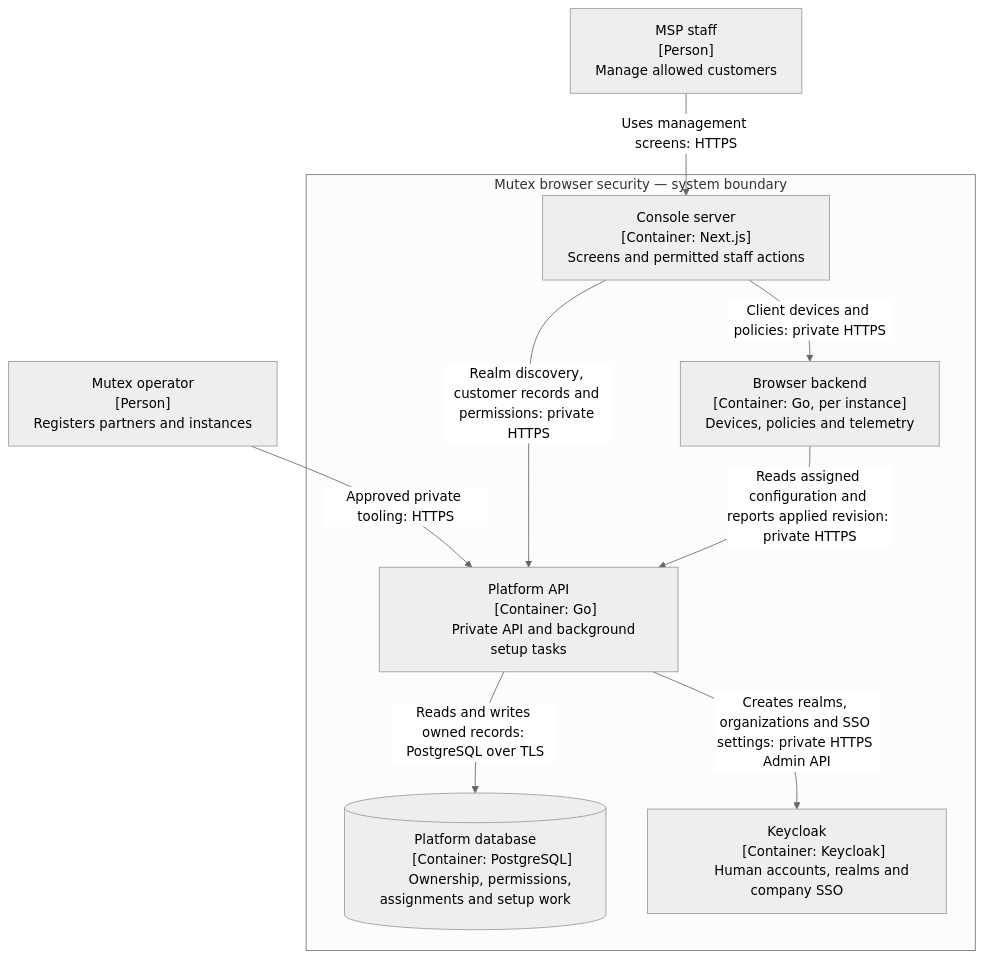
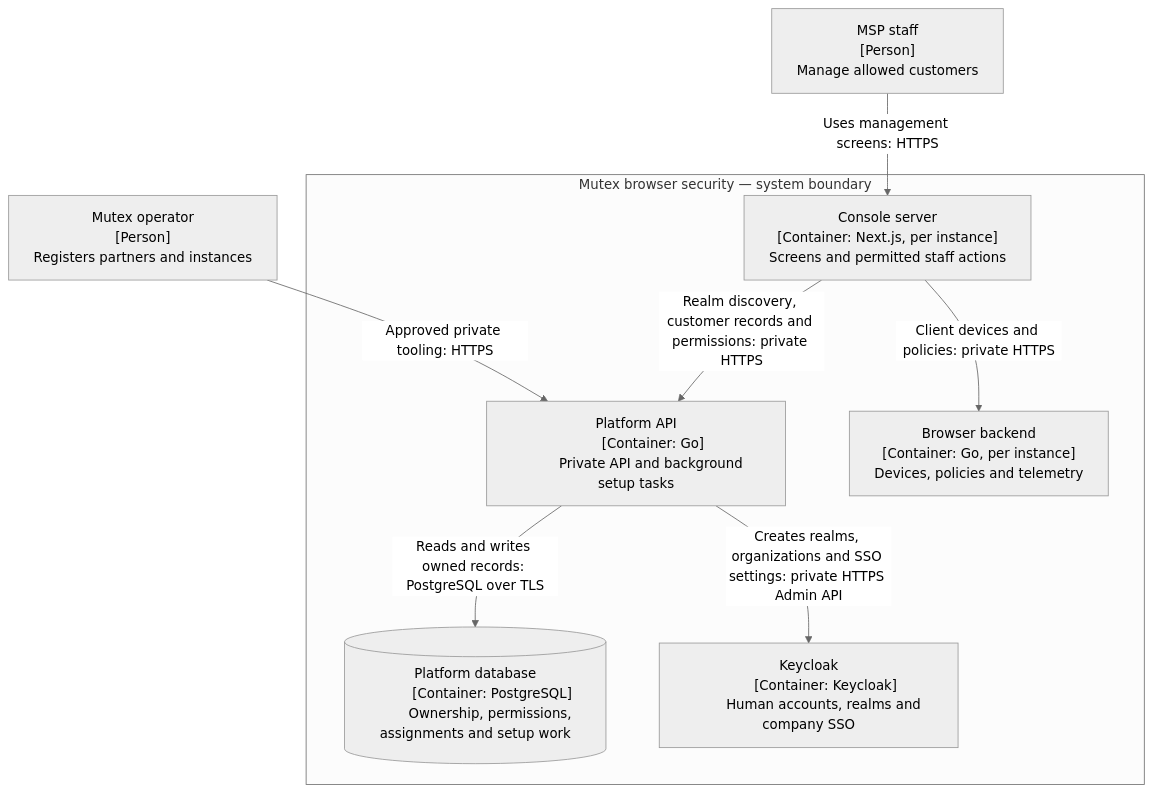
One commit to mutex-ai/mutexai-browser-platform changed the second of 4 diagrams in docs/adrs/adr-001-platform-api.md. Above: the diagram before and after it, drawn with Mermaid. The commit also changed other lines of this file and 41 other files, not shown here.

````diff
--- a/docs/adrs/adr-001-platform-api.md
+++ b/docs/adrs/adr-001-platform-api.md
@@ -61,34 +61,33 @@
 ```mermaid
 %%{init: {"theme": "neutral", "flowchart": {"wrappingWidth": 300}}}%%
 flowchart TB
     staff["MSP staff
     [Person]
     Manage allowed customers"]
     operator["Mutex operator
     [Person]
     Registers partners and instances"]
     subgraph mutex["Mutex browser security — system boundary"]
         console["Console server
-        [Container: Next.js]
+        [Container: Next.js, per instance]
         Screens and permitted staff actions"]
         platform["Platform API
         [Container: Go]
         Private API and background setup tasks"]
         database[("Platform database
         [Container: PostgreSQL]
         Ownership, permissions, assignments and setup work")]
         keycloak["Keycloak
         [Container: Keycloak]
         Human accounts, realms and company SSO"]
         backend["Browser backend
         [Container: Go, per instance]
         Devices, policies and telemetry"]
     end
     staff -->|"Uses management screens: HTTPS"| console
     operator -->|"Approved private tooling: HTTPS"| platform
     console -->|"Realm discovery, customer records and permissions: private HTTPS"| platform
     console -->|"Client devices and policies: private HTTPS"| backend
     platform -->|"Reads and writes owned records: PostgreSQL over TLS"| database
     platform -->|"Creates realms, organizations and SSO settings: private HTTPS Admin API"| keycloak
-    backend -->|"Reads assigned configuration and reports applied revision: private HTTPS"| platform
 ```
````
